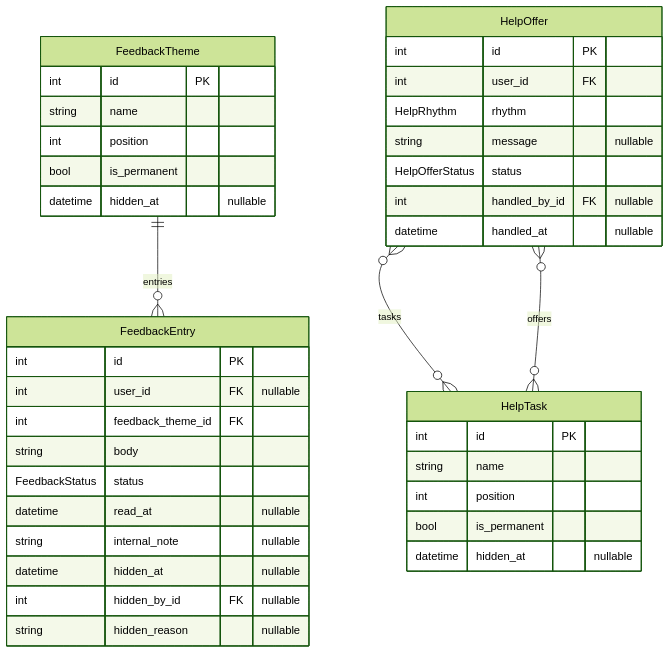
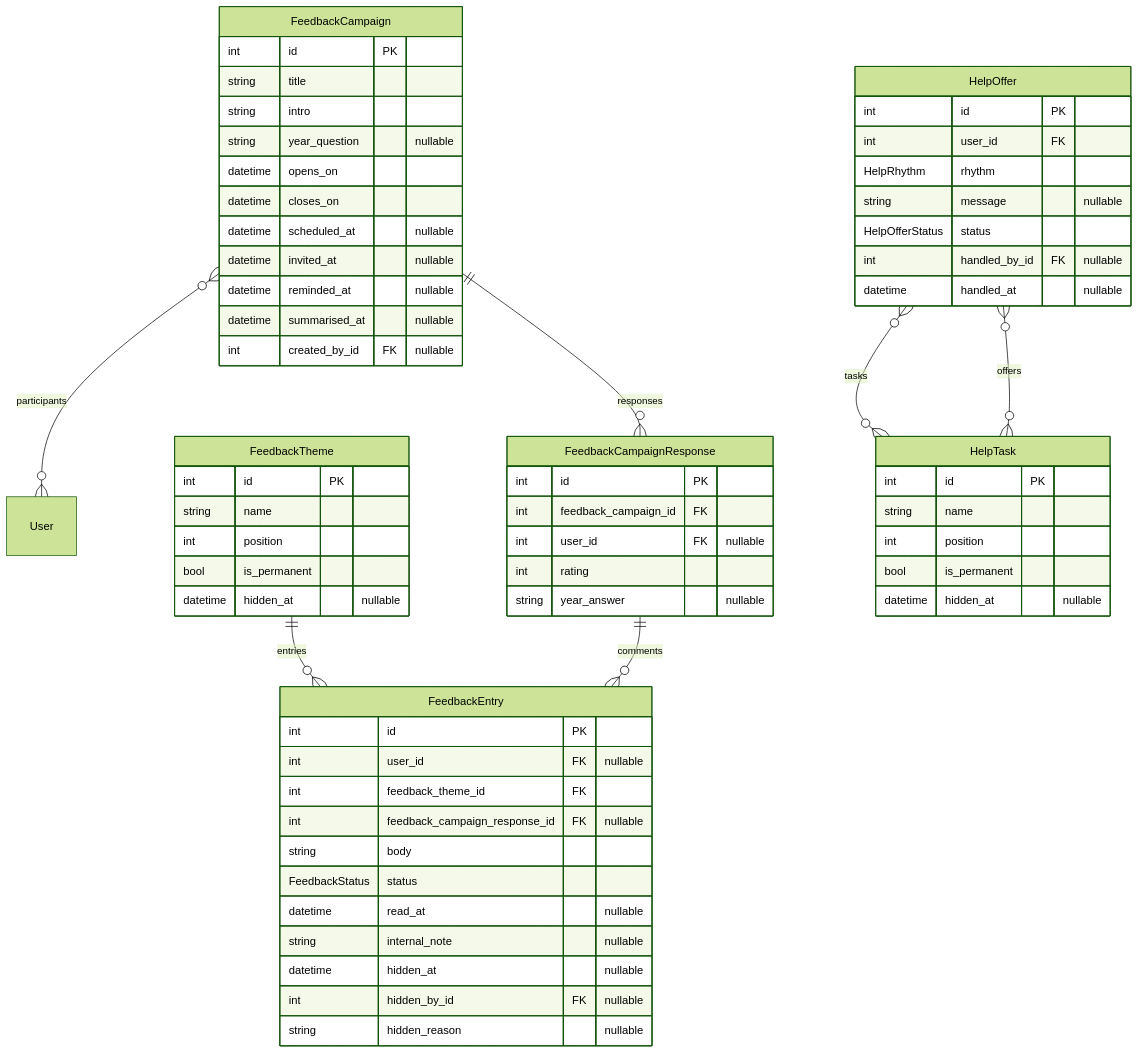
Before and after one commit to Paupoo/tabletennisclub-app: the diagram in docs/erd/clubadmin-feedback.md, drawn with Mermaid (forest theme). The commit also changed 47 other files, not shown here.

````diff
--- a/docs/erd/clubadmin-feedback.md
+++ b/docs/erd/clubadmin-feedback.md
@@ -3,42 +3,66 @@
 ```mermaid
 erDiagram
+    FeedbackCampaign {
+        int id PK
+        string title
+        string intro
+        string year_question "nullable"
+        datetime opens_on
+        datetime closes_on
+        datetime scheduled_at "nullable"
+        datetime invited_at "nullable"
+        datetime reminded_at "nullable"
+        datetime summarised_at "nullable"
+        int created_by_id FK "nullable"
+    }
+    FeedbackCampaignResponse {
+        int id PK
+        int feedback_campaign_id FK
+        int user_id FK "nullable"
+        int rating
+        string year_answer "nullable"
+    }
     FeedbackEntry {
         int id PK
         int user_id FK "nullable"
         int feedback_theme_id FK
+        int feedback_campaign_response_id FK "nullable"
         string body
         FeedbackStatus status
         datetime read_at "nullable"
         string internal_note "nullable"
         datetime hidden_at "nullable"
         int hidden_by_id FK "nullable"
         string hidden_reason "nullable"
     }
     FeedbackTheme {
         int id PK
         string name
         int position
         bool is_permanent
         datetime hidden_at "nullable"
     }
     HelpOffer {
         int id PK
         int user_id FK
         HelpRhythm rhythm
         string message "nullable"
         HelpOfferStatus status
         int handled_by_id FK "nullable"
         datetime handled_at "nullable"
     }
     HelpTask {
         int id PK
         string name
         int position
         bool is_permanent
         datetime hidden_at "nullable"
     }
 
+    FeedbackCampaign }o--o{ User : "participants"
+    FeedbackCampaign ||--o{ FeedbackCampaignResponse : "responses"
+    FeedbackCampaignResponse ||--o{ FeedbackEntry : "comments"
     FeedbackTheme ||--o{ FeedbackEntry : "entries"
     HelpOffer }o--o{ HelpTask : "tasks"
     HelpTask }o--o{ HelpOffer : "offers"
 ```
````
